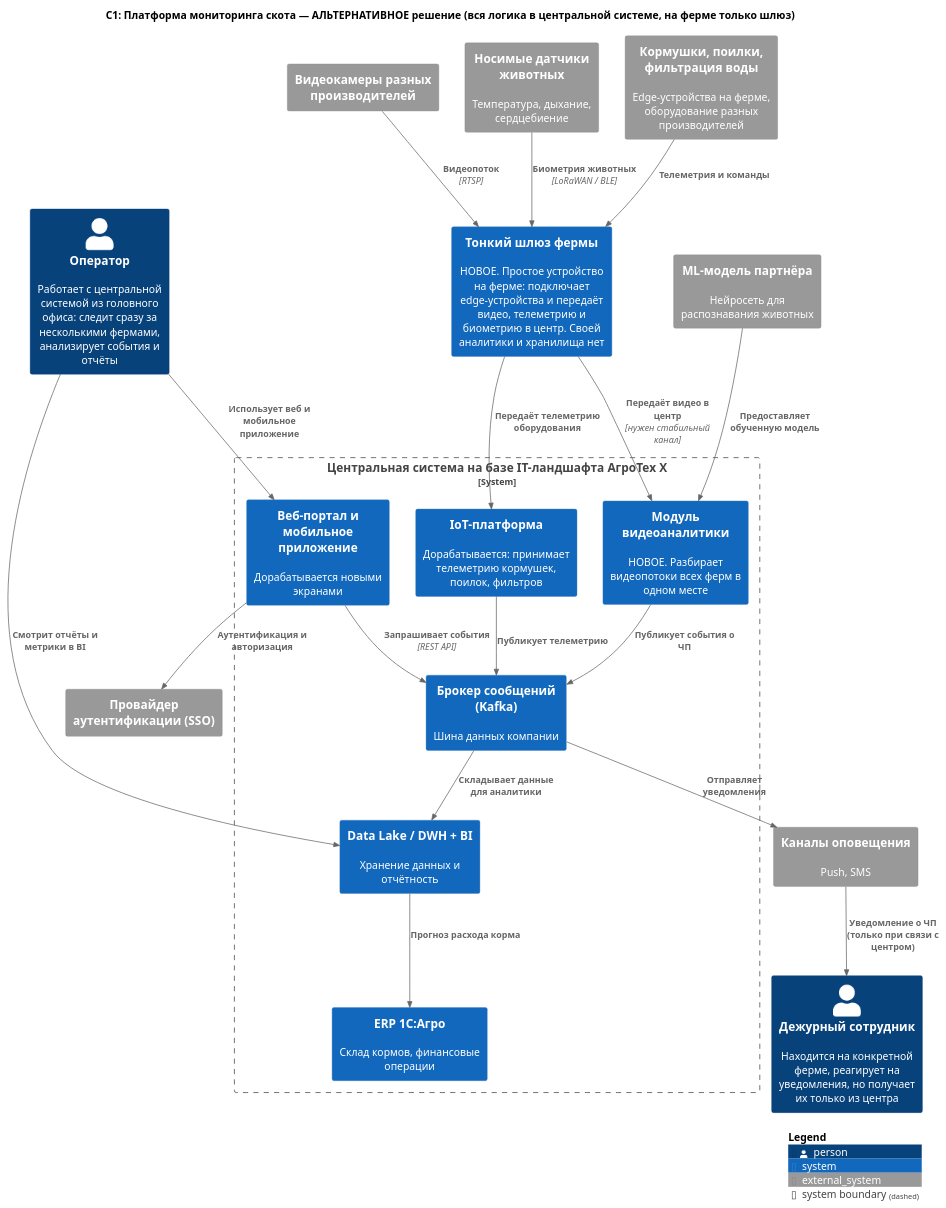
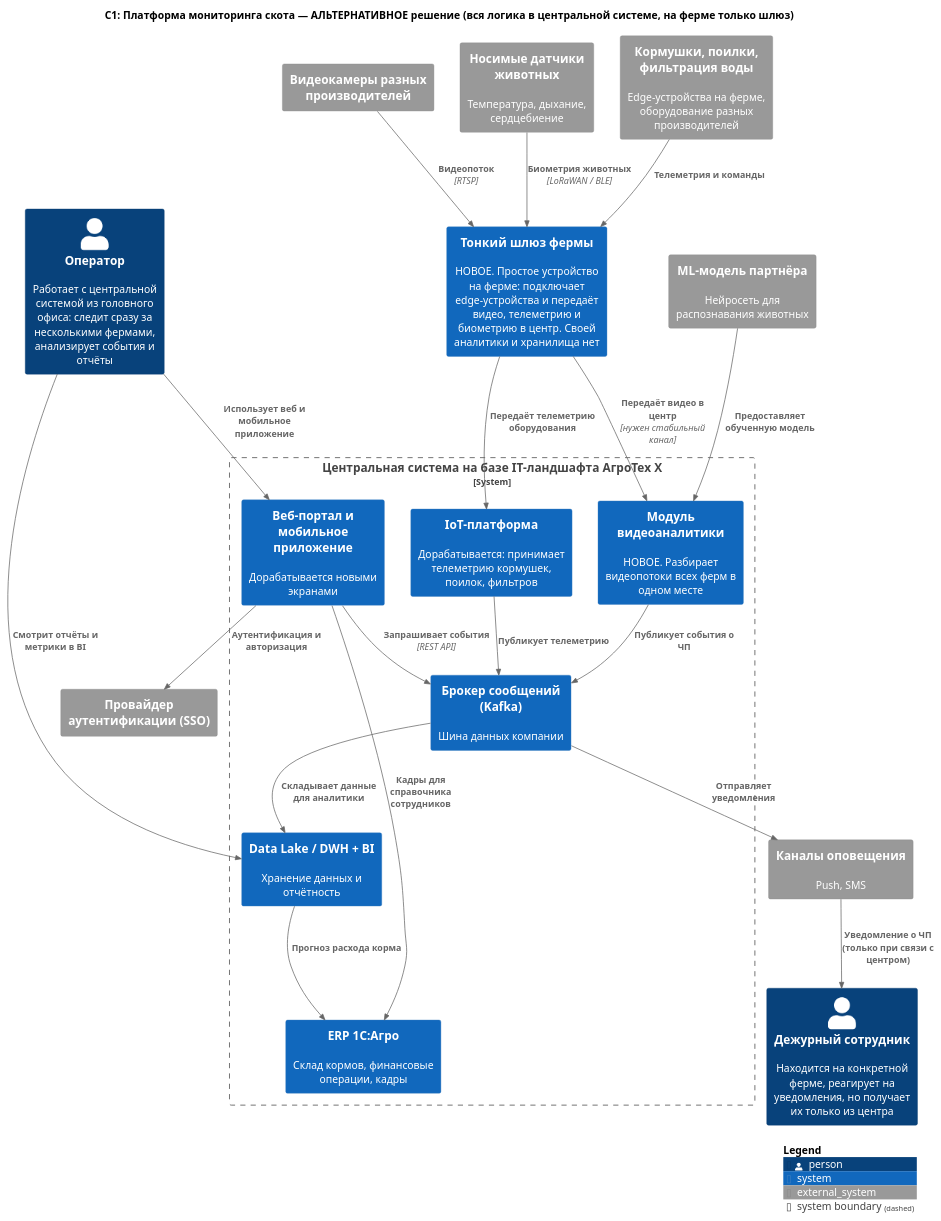
Before and after one commit to skorogod/MSA-AgroTech: the diagram in Task1/c1-alternative.puml, drawn with PlantUML. The commit also changed 19 other files, not shown here.

```diff
--- a/Task1/c1-alternative.puml
+++ b/Task1/c1-alternative.puml
@@ -1,57 +1,58 @@
 @startuml C1_Мониторинг_Скота_Альтернативное_Решение
 
 !include ../templates/C4_Context.puml
 
 title C1: Платформа мониторинга скота — АЛЬТЕРНАТИВНОЕ решение (вся логика в центральной системе, на ферме только шлюз)
 
 ' === Пользователи ===
 Person(оператор, "Оператор", "Работает с центральной системой из головного офиса: следит сразу за несколькими фермами, анализирует события и отчёты")
 Person(дежурный, "Дежурный сотрудник", "Находится на конкретной ферме, реагирует на уведомления, но получает их только из центра")
 
 ' === Разрабатываемые системы ===
 System(шлюз, "Тонкий шлюз фермы", "НОВОЕ. Простое устройство на ферме: подключает edge-устройства и передаёт видео, телеметрию и биометрию в центр. Своей аналитики и хранилища нет")
 
 ' === Существующий ландшафт АгроТех Х (центральная система) ===
 System_Boundary(ландшафт, "Центральная система на базе IT-ландшафта АгроТех Х") {
     System(видеоаналитика, "Модуль видеоаналитики", "НОВОЕ. Разбирает видеопотоки всех ферм в одном месте")
     System(iot, "IoT-платформа", "Дорабатывается: принимает телеметрию кормушек, поилок, фильтров")
     System(kafka, "Брокер сообщений (Kafka)", "Шина данных компании")
     System(dwh, "Data Lake / DWH + BI", "Хранение данных и отчётность")
-    System(erp, "ERP 1С:Агро", "Склад кормов, финансовые операции")
+    System(erp, "ERP 1С:Агро", "Склад кормов, финансовые операции, кадры")
     System(портал, "Веб-портал и мобильное приложение", "Дорабатывается новыми экранами")
 }
 
 ' === Внешние системы ===
 System_Ext(камеры, "Видеокамеры разных производителей")
 System_Ext(датчики, "Носимые датчики животных", "Температура, дыхание, сердцебиение")
 System_Ext(оборудование, "Кормушки, поилки, фильтрация воды", "Edge-устройства на ферме, оборудование разных производителей")
 System_Ext(модель, "ML-модель партнёра", "Нейросеть для распознавания животных")
 System_Ext(auth, "Провайдер аутентификации (SSO)")
 System_Ext(нотификации, "Каналы оповещения", "Push, SMS")
 
 ' === Связи на ферме ===
 Rel(камеры, шлюз, "Видеопоток", "RTSP")
 Rel(оборудование, шлюз, "Телеметрия и команды")
 Rel(датчики, шлюз, "Биометрия животных", "LoRaWAN / BLE")
 
 ' === Ферма -> центральная система ===
 Rel(шлюз, видеоаналитика, "Передаёт видео в центр", "нужен стабильный канал")
 Rel(шлюз, iot, "Передаёт телеметрию оборудования")
 
 ' === Внутри центральной системы ===
 Rel(модель, видеоаналитика, "Предоставляет обученную модель")
 Rel(видеоаналитика, kafka, "Публикует события о ЧП")
 Rel(iot, kafka, "Публикует телеметрию")
 Rel(kafka, dwh, "Складывает данные для аналитики")
 Rel(dwh, erp, "Прогноз расхода корма")
+Rel(портал, erp, "Кадры для справочника сотрудников")
 Rel(kafka, нотификации, "Отправляет уведомления")
 Rel(портал, kafka, "Запрашивает события", "REST API")
 Rel(портал, auth, "Аутентификация и авторизация")
 
 ' === Пользователи ===
 Rel(оператор, портал, "Использует веб и мобильное приложение")
 Rel(оператор, dwh, "Смотрит отчёты и метрики в BI")
 Rel(нотификации, дежурный, "Уведомление о ЧП (только при связи с центром)")
 
 SHOW_LEGEND()
 @enduml
```
